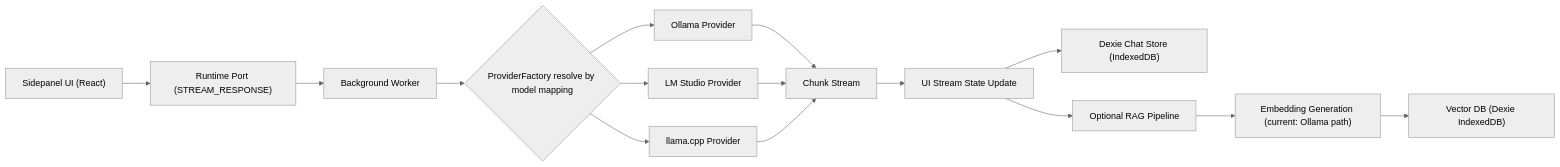
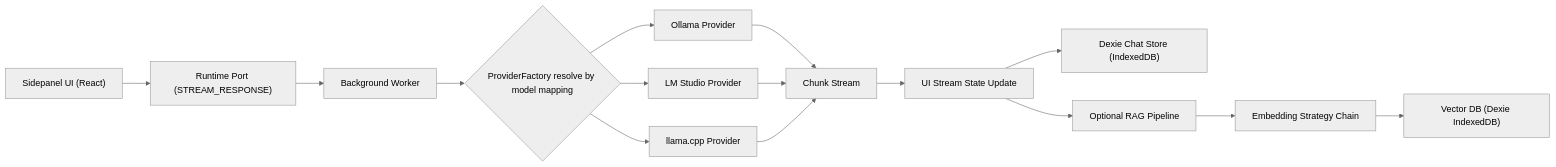
The diagram in docs/architecture.md (Shishir435/ollama-client), drawn with Mermaid (neutral theme) before and after one commit. The commit also changed other lines of this file and 4 other files, not shown here.

````diff
--- a/docs/architecture.md
+++ b/docs/architecture.md
@@ -54,17 +54,17 @@
 ```mermaid
 flowchart LR
     A["Sidepanel UI (React)"] --> B["Runtime Port (STREAM_RESPONSE)"]
     B --> C["Background Worker"]
     C --> D{"ProviderFactory resolve by model mapping"}
     D --> E["Ollama Provider"]
     D --> F["LM Studio Provider"]
     D --> G["llama.cpp Provider"]
     E --> H["Chunk Stream"]
     F --> H
     G --> H
     H --> I["UI Stream State Update"]
     I --> J["Dexie Chat Store (IndexedDB)"]
     I --> K["Optional RAG Pipeline"]
-    K --> L["Embedding Generation (current: Ollama path)"]
+    K --> L["Embedding Strategy Chain"]
     L --> M["Vector DB (Dexie IndexedDB)"]
 ```
````
